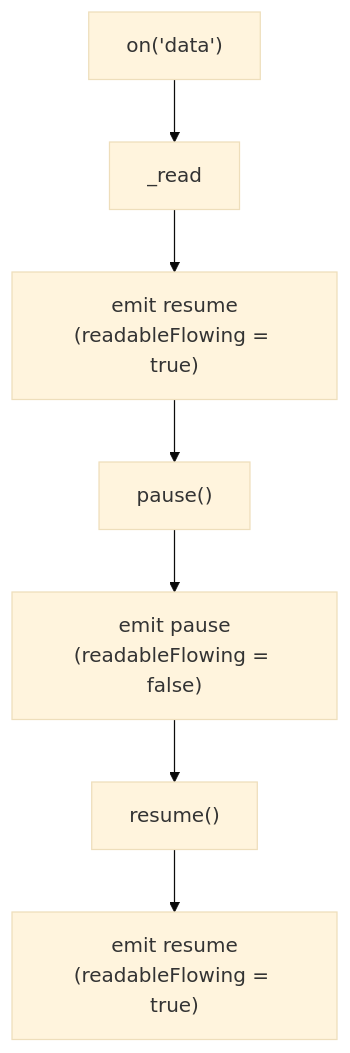
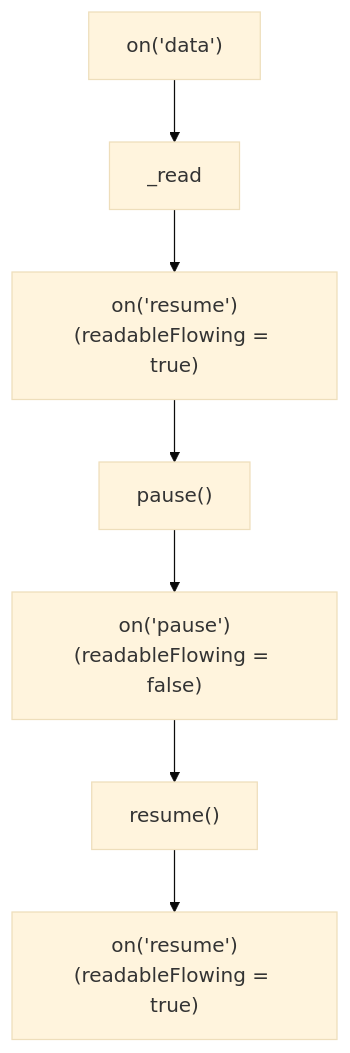
The second of 5 diagrams in docs/nodejs/stream-readable.md (samuel871211/yusheng-tech-blog), drawn with Mermaid (base theme) before and after one commit. The commit also changed other lines of this file and 2 other files, not shown here.

Commit message:
feat: readable, writable ing

````diff
--- a/docs/nodejs/stream-readable.md
+++ b/docs/nodejs/stream-readable.md
@@ -155,9 +138,9 @@
 ```mermaid
 flowchart TD
     A["on('data')"] --> B[_read]
-    B --> C["emit resume<br/>(readableFlowing = true)"]
+    B --> C["on('resume')<br/>(readableFlowing = true)"]
     C --> D["pause()"]
-    D --> E["emit pause<br/>(readableFlowing = false)"]
+    D --> E["on('pause')<br/>(readableFlowing = false)"]
     E --> F["resume()"]
-    F --> G["emit resume<br/>(readableFlowing = true)"]
+    F --> G["on('resume')<br/>(readableFlowing = true)"]
 ```
````
